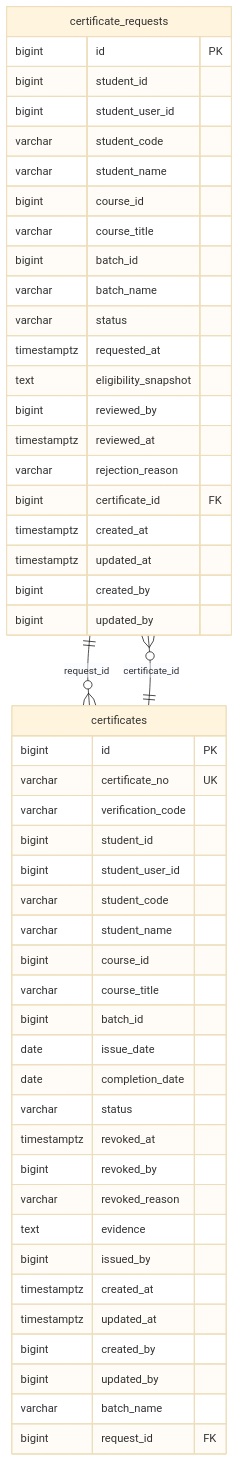
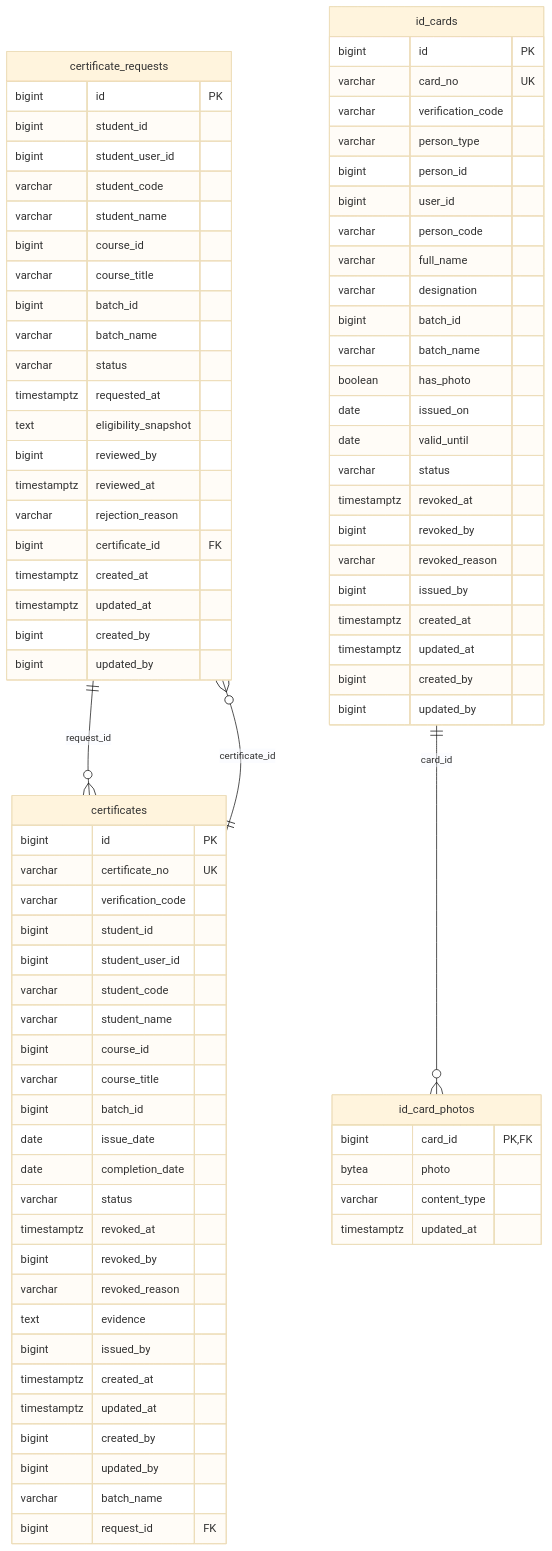
Before and after one commit to rohanrk2810/ITLMS: the diagram in docs/diagrams/db/certificate.mmd, drawn with Mermaid (base theme). The commit also changed 7 other files, not shown here.

Commit message:
Docs: ID card flow diagram and the certificate ER diagram with its new tables; CI description and check commands now include the frontend tests

```diff
--- a/docs/diagrams/db/certificate.mmd
+++ b/docs/diagrams/db/certificate.mmd
@@ -1,51 +1,83 @@
 erDiagram
     certificate_requests {
         bigint id PK
         bigint student_id
         bigint student_user_id
         varchar student_code
         varchar student_name
         bigint course_id
         varchar course_title
         bigint batch_id
         varchar batch_name
         varchar status
         timestamptz requested_at
         text eligibility_snapshot
         bigint reviewed_by
         timestamptz reviewed_at
         varchar rejection_reason
         bigint certificate_id FK
         timestamptz created_at
         timestamptz updated_at
         bigint created_by
         bigint updated_by
     }
     certificates {
         bigint id PK
         varchar certificate_no UK
         varchar verification_code
         bigint student_id
         bigint student_user_id
         varchar student_code
         varchar student_name
         bigint course_id
         varchar course_title
         bigint batch_id
         date issue_date
         date completion_date
         varchar status
         timestamptz revoked_at
         bigint revoked_by
         varchar revoked_reason
         text evidence
         bigint issued_by
         timestamptz created_at
         timestamptz updated_at
         bigint created_by
         bigint updated_by
         varchar batch_name
         bigint request_id FK
     }
+    id_card_photos {
+        bigint card_id PK,FK
+        bytea photo
+        varchar content_type
+        timestamptz updated_at
+    }
+    id_cards {
+        bigint id PK
+        varchar card_no UK
+        varchar verification_code
+        varchar person_type
+        bigint person_id
+        bigint user_id
+        varchar person_code
+        varchar full_name
+        varchar designation
+        bigint batch_id
+        varchar batch_name
+        boolean has_photo
+        date issued_on
+        date valid_until
+        varchar status
+        timestamptz revoked_at
+        bigint revoked_by
+        varchar revoked_reason
+        bigint issued_by
+        timestamptz created_at
+        timestamptz updated_at
+        bigint created_by
+        bigint updated_by
+    }
     certificates ||--o{ certificate_requests : "certificate_id"
     certificate_requests ||--o{ certificates : "request_id"
+    id_cards ||--o{ id_card_photos : "card_id"
```
